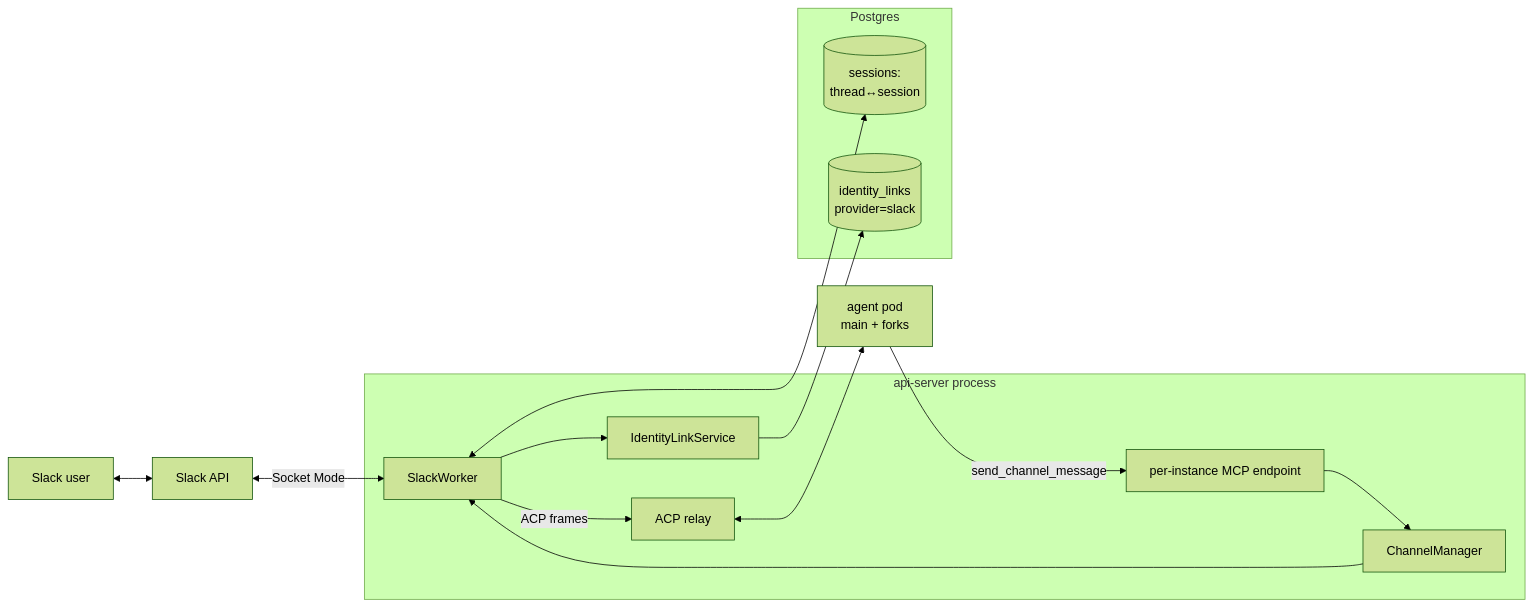
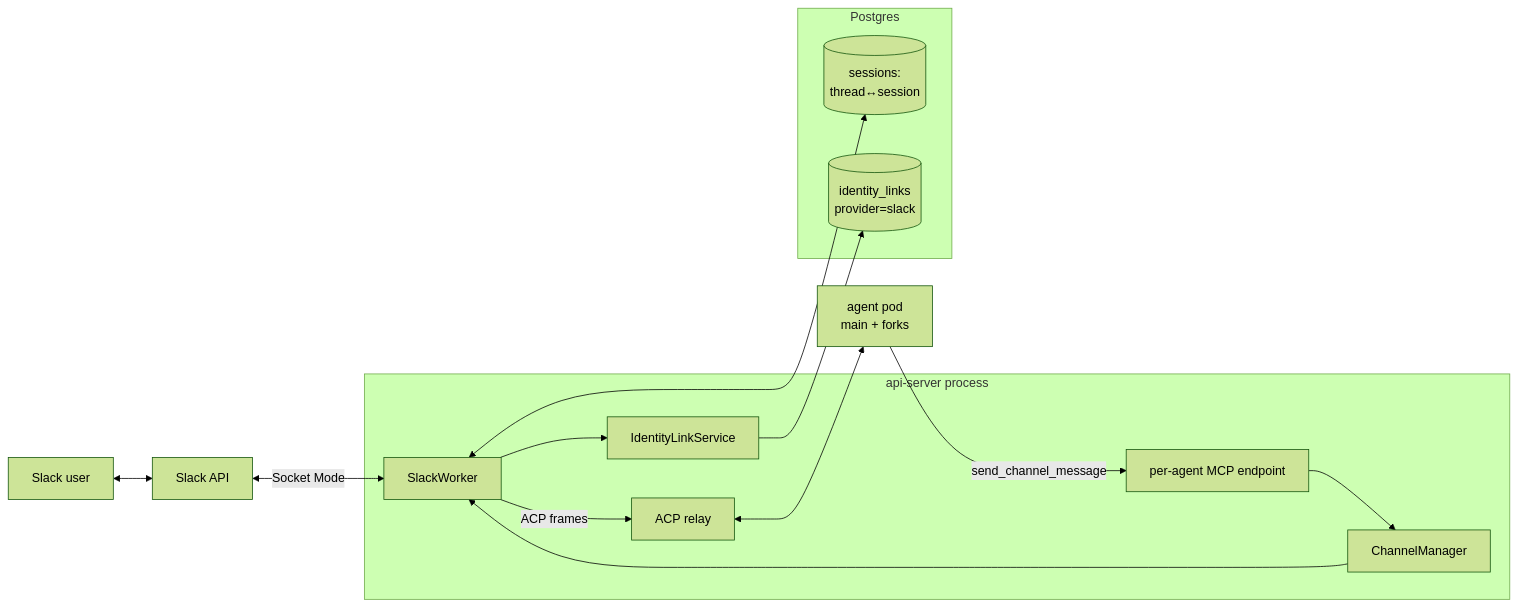
Before and after one commit to subbyte/dam: the first of 4 diagrams in docs/architecture/channels.md, drawn with Mermaid (forest theme). The commit also changed other lines of this file and 287 other files, not shown here.

Commit message:
refactor: eliminate Instance, collapse into Agent (ADR-046) (#302)

````diff
--- a/docs/architecture/channels.md
+++ b/docs/architecture/channels.md
@@ -36,31 +39,31 @@
 ```mermaid
 flowchart LR
   SU[Slack user]
   SAPI[Slack API]
 
   subgraph api-server[api-server process]
     CM[ChannelManager]
     SW[SlackWorker]
     IL[IdentityLinkService]
-    MCP[per-instance MCP endpoint]
+    MCP[per-agent MCP endpoint]
     REL[ACP relay]
   end
 
   subgraph DB[Postgres]
     SES[(sessions:<br/>thread↔session)]
     LNK[(identity_links<br/>provider=slack)]
   end
 
   POD[agent pod<br/>main + forks]
 
   SU <--> SAPI
   SAPI <-- Socket Mode --> SW
   CM --> SW
   SW --> IL
   IL --> LNK
   SW <--> SES
   SW -- ACP frames --> REL
   REL <--> POD
   POD -- send_channel_message --> MCP
   MCP --> CM
 ```
````
